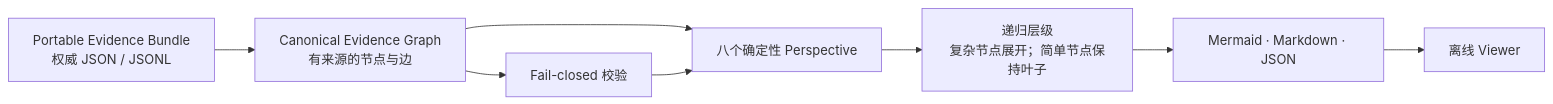
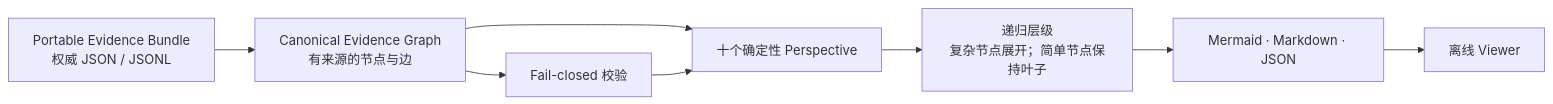
Before and after one commit to AdvancingTitans/agent-engineering-toolkit: the second of 3 diagrams in docs/README.zh-CN.md, drawn with Mermaid. The commit also changed other lines of this file and 124 other files, not shown here.

````diff
--- a/docs/README.zh-CN.md
+++ b/docs/README.zh-CN.md
@@ -180,10 +249,10 @@
 ```mermaid
 flowchart LR
     B["Portable Evidence Bundle<br/>权威 JSON / JSONL"] --> G["Canonical Evidence Graph<br/>有来源的节点与边"]
-    G --> P["八个确定性 Perspective"]
+    G --> P["十个确定性 Perspective"]
     P --> H["递归层级<br/>复杂节点展开；简单节点保持叶子"]
     H --> R["Mermaid · Markdown · JSON"]
     R --> V["离线 Viewer"]
     G --> X["Fail-closed 校验"]
     X --> P
 ```
````
